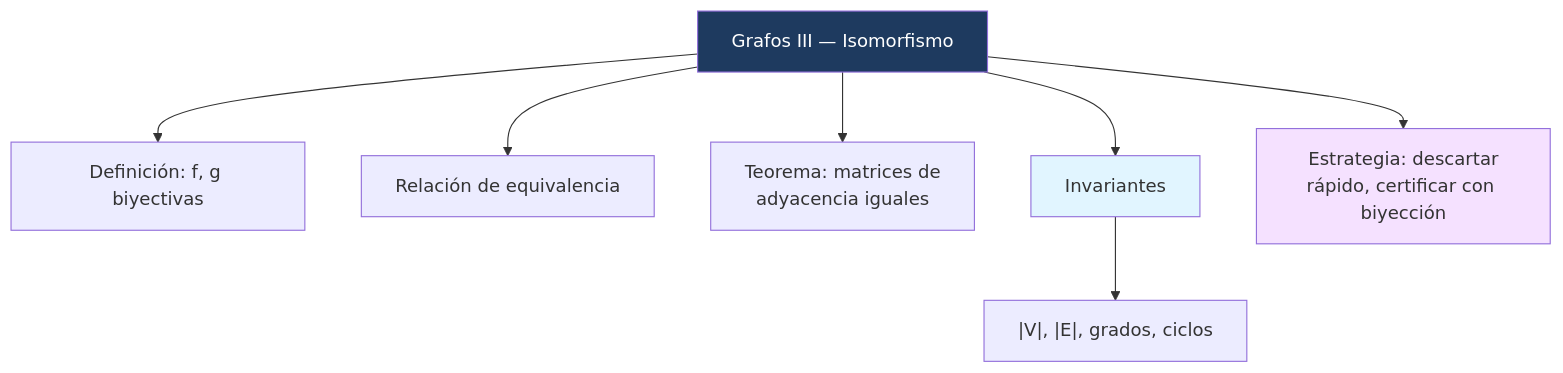
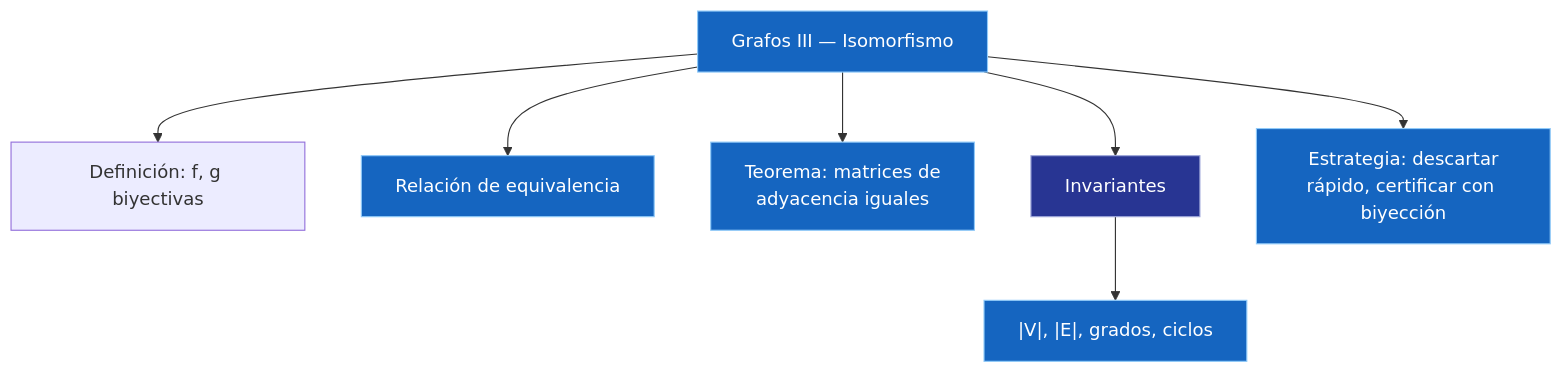
The second of 2 diagrams in src/site/notes/Universidad/3er Semestre/Matemáticas Discretas/Unidad 5 - Grafos y Árboles/03 - Grafos III - Isomorfismo.md (Fsteven22/Notas-ESPOL), drawn with Mermaid before and after one commit. The commit also changed other lines of this file and 79 other files, not shown here.

````diff
--- a/src/site/notes/Universidad/3er Semestre/Matemáticas Discretas/Unidad 5 - Grafos y Árboles/03 - Grafos III - Isomorfismo.md
+++ b/src/site/notes/Universidad/3er Semestre/Matemáticas Discretas/Unidad 5 - Grafos y Árboles/03 - Grafos III - Isomorfismo.md
@@ -197,13 +204,16 @@
 ```mermaid
 graph TD
     A["Grafos III — Isomorfismo"] --> B["Definición: f, g biyectivas"]
     A --> C["Relación de equivalencia"]
     A --> D["Teorema: matrices de<br/>adyacencia iguales"]
     A --> E["Invariantes"]
     E --> F["|V|, |E|, grados, ciclos"]
     A --> G["Estrategia: descartar<br/>rápido, certificar con biyección"]
+    style A fill:#1565C0,color:#FFFFFF,stroke:#90CAF9,stroke-width:1px
+    style C fill:#1565C0,color:#FFFFFF,stroke:#90CAF9,stroke-width:1px
+    style D fill:#1565C0,color:#FFFFFF,stroke:#90CAF9,stroke-width:1px
+    style E fill:#283593,color:#FFFFFF,stroke:#9FA8DA,stroke-width:1px
+    style F fill:#1565C0,color:#FFFFFF,stroke:#90CAF9,stroke-width:1px
+    style G fill:#1565C0,color:#FFFFFF,stroke:#90CAF9,stroke-width:1px
 
-    style A fill:#1e3a5f,color:#fff
-    style E fill:#e1f5ff
-    style G fill:#f5e1ff
 ```
````
